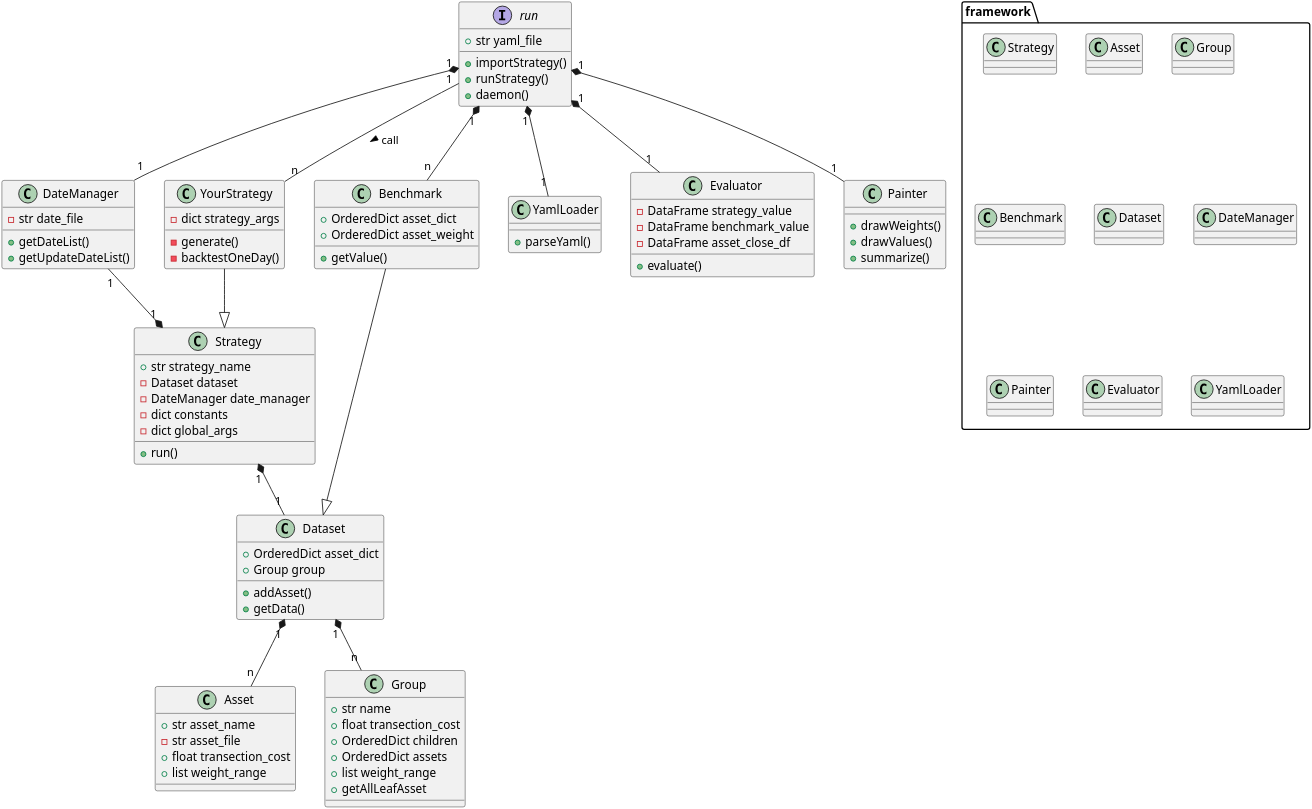
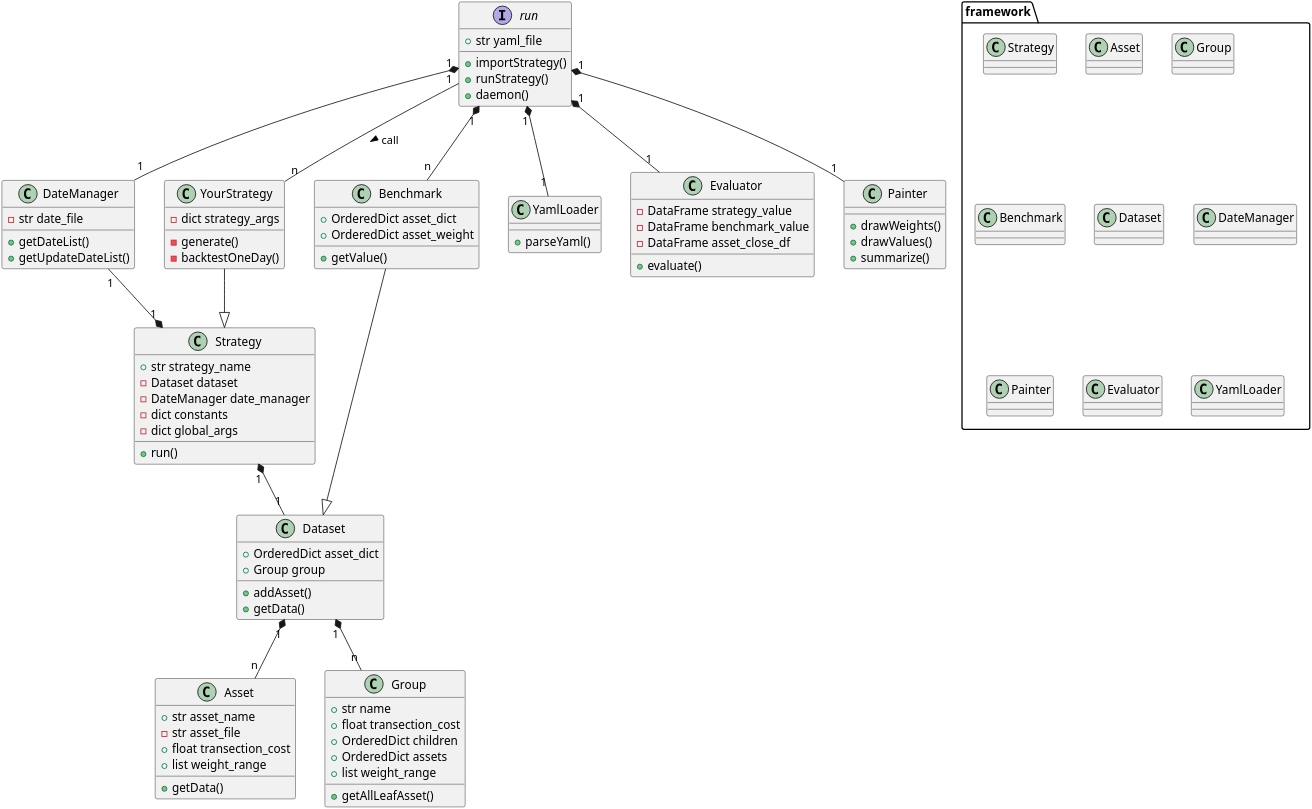
One commit to yuansicheng/quantitative_strategy_framework changed the diagram in design/class.wsd. Above: the diagram before and after it, drawn with PlantUML. The commit also changed 2 other files, not shown here.

```diff
--- a/design/class.wsd
+++ b/design/class.wsd
@@ -1,109 +1,110 @@
 @startuml
 scale 8192*8192
 
 Interface run
 class YourStrategy
 
 package framework{
     class Strategy
     class Asset 
     class Group
     class Benchmark
     class Dataset 
     class DateManager 
     class Painter
     class Evaluator
     class YamlLoader
 }
 
 Interface run{
     + str yaml_file
     + importStrategy()
     + runStrategy()
     + daemon()
 } 
 
 class YourStrategy{
     - dict strategy_args
     - generate()
     - backtestOneDay()
 }
 
 class Strategy{
     + str strategy_name
     - Dataset dataset
     - DateManager date_manager
     - dict constants
     - dict global_args
     + run()
 }
 
 class DateManager{
     - str date_file
     + getDateList()
     + getUpdateDateList()
 }
 
 class Asset{
     + str asset_name
     - str asset_file
     + float transection_cost
     + list weight_range
+    + getData()
 }
 
 class Group{
     + str name
     + float transection_cost
     + OrderedDict children
     + OrderedDict assets
     + list weight_range
-    + getAllLeafAsset
+    + getAllLeafAsset()
 }
 
 class Dataset{
     + OrderedDict asset_dict
     + Group group
     + addAsset()
     + getData()
 }
 
 class Benchmark{
     + OrderedDict asset_dict
     + OrderedDict asset_weight
     + getValue()
 }
 
 class YamlLoader{
     + parseYaml()
 }
 
 class Evaluator{
     - DataFrame strategy_value
     - DataFrame benchmark_value
     - DataFrame asset_close_df
     + evaluate()
 }
 
 class Painter{
     + drawWeights()
     + drawValues()
     + summarize()
 }
 
 run "1" -- "n" YourStrategy : call >
 run  "1" *-- "n" Benchmark
 run  "1" *-- "1" Evaluator
 run  "1" *-- "1" YamlLoader
 
 YourStrategy --|> Strategy
 Strategy  "1" *-- "1" Dataset
 run  "1" *-- "1" Painter
 run  "1" *-- "1" DateManager
 Strategy  "1" *-left- "1" DateManager
 
 Dataset  "1" *-- "n" Asset
 Dataset  "1" *-- "n" Group
 Benchmark  --|> Dataset
 
 
 @enduml
```
